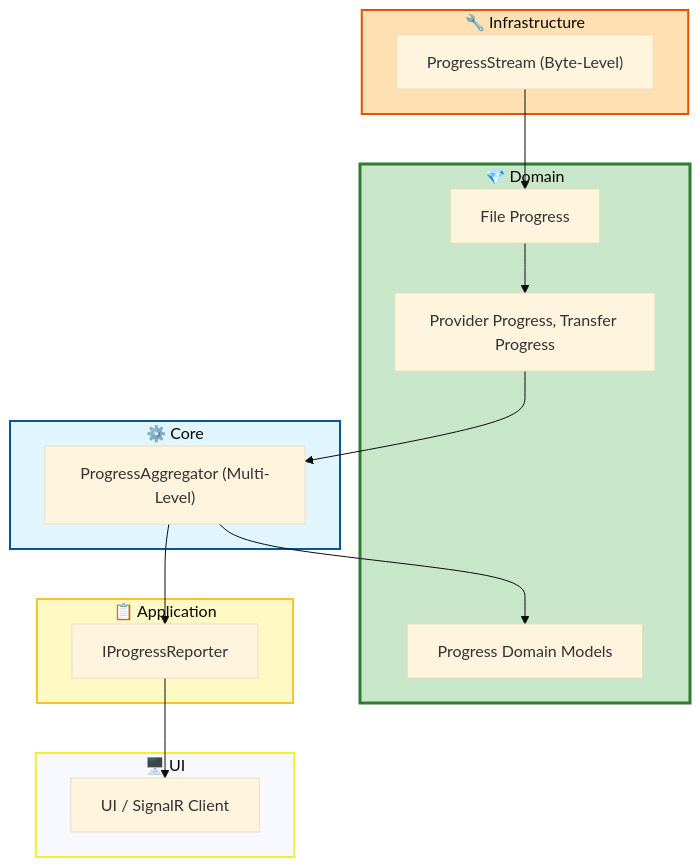
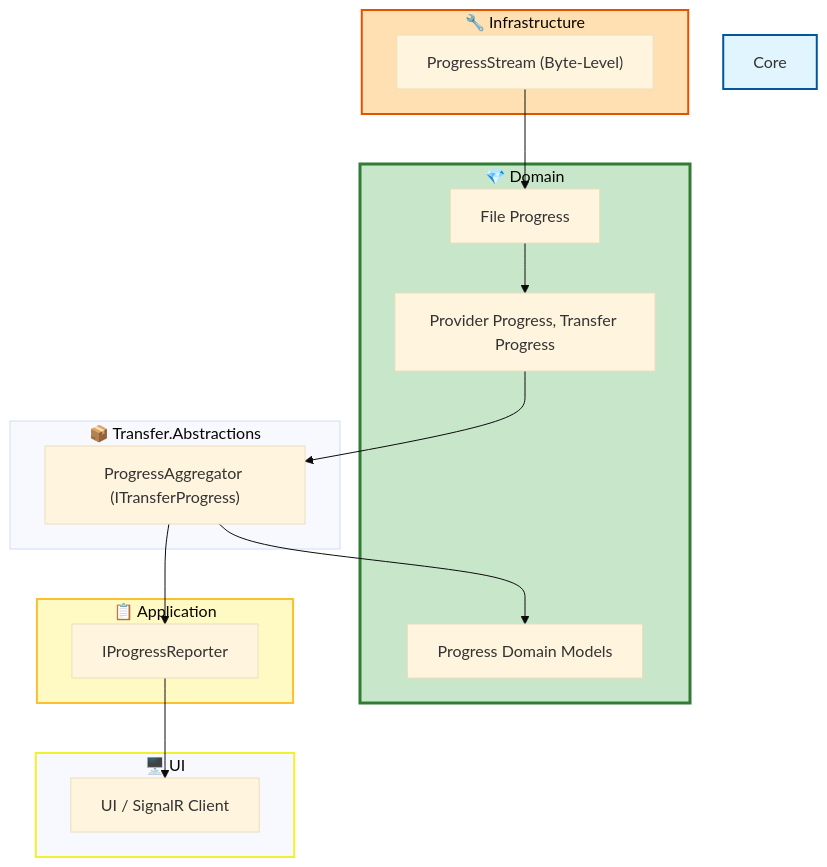
One commit to SOWITransferX/plugin-devkit changed the fifth of 8 diagrams in docs/architecture/architecture.md. Above: the diagram before and after it, drawn with Mermaid (base theme). The commit also changed other lines of this file and 26 other files, not shown here.

````diff
--- a/docs/architecture/architecture.md
+++ b/docs/architecture/architecture.md
@@ -535,42 +540,42 @@
 ```mermaid
 graph TD
 
     subgraph Infrastructure["🔧 Infrastructure"]
         ProgressStream["ProgressStream (Byte-Level)"]
     end
 
     subgraph Domain["💎 Domain"]
         FileProgress["File Progress"]
         Progress["Provider Progress, Transfer Progress"]
         ProgressDomain["Progress Domain Models"]
     end
 
-    subgraph Core["⚙️ Core"]
-        ProgressAggregator["ProgressAggregator (Multi-Level)"]
+    subgraph Abstractions["📦 Transfer.Abstractions"]
+        ProgressAggregator["ProgressAggregator (ITransferProgress)"]
     end
 
     subgraph Application["📋 Application"]
         ProgressReporter["IProgressReporter"]
     end
 
     subgraph Presentation["🖥️ UI"]
         UI["UI / SignalR Client"]
     end
 
     %% Flow
     ProgressStream --> FileProgress
     FileProgress --> Progress
     Progress --> ProgressAggregator
     ProgressAggregator --> ProgressDomain
     ProgressAggregator --> ProgressReporter
     ProgressReporter --> UI
 
      %% ===== COLORS =====
     style Presentation fill:#ffff4,stroke:#f1f12d,stroke-width:2px
     style Domain fill:#c8e6c9,stroke:#2e7d32,stroke-width:3px
     style Application fill:#fff9c4,stroke:#fbc02d,stroke-width:2px
     style Core fill:#e1f5fe,stroke:#01579b,stroke-width:2px
     %%style Abstractions fill:#f3e5f5,stroke:#7b1fa2,stroke-width:2px
     style Infrastructure fill:#ffe0b2,stroke:#e65100,stroke-width:2px
     %%style Plugins fill:#f5f5f5,stroke:#999,stroke-width:1px
 ```
````
